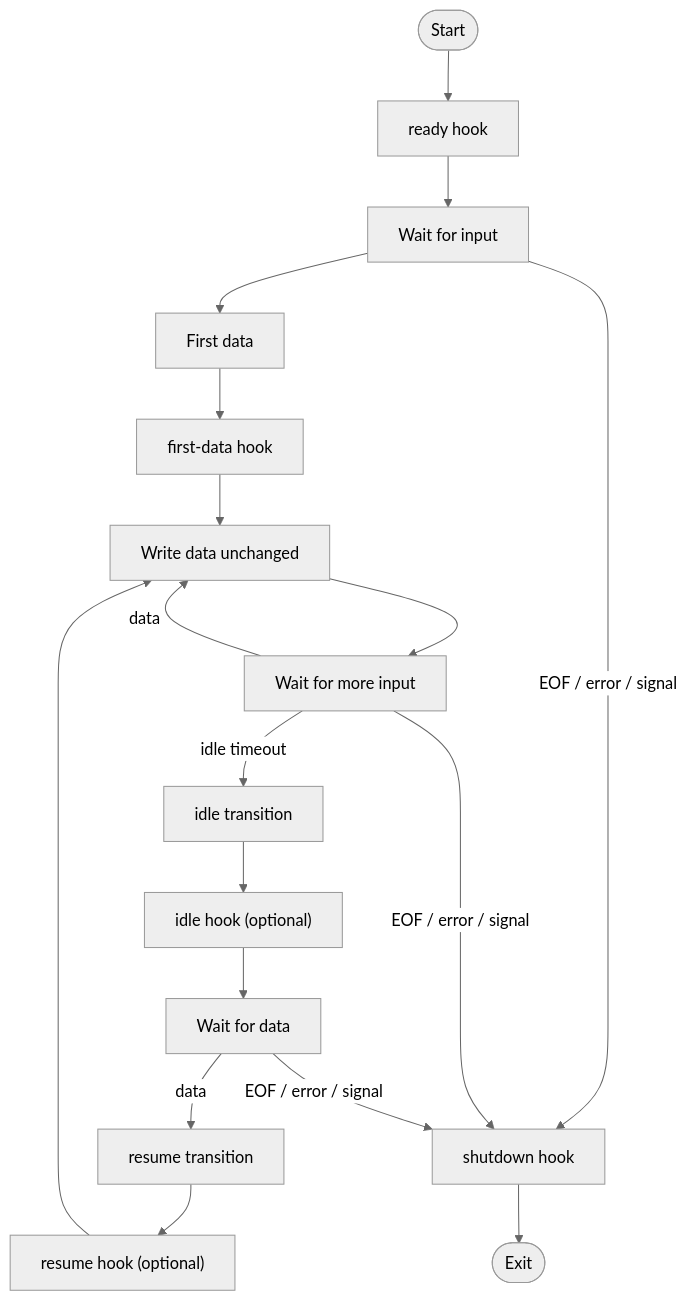
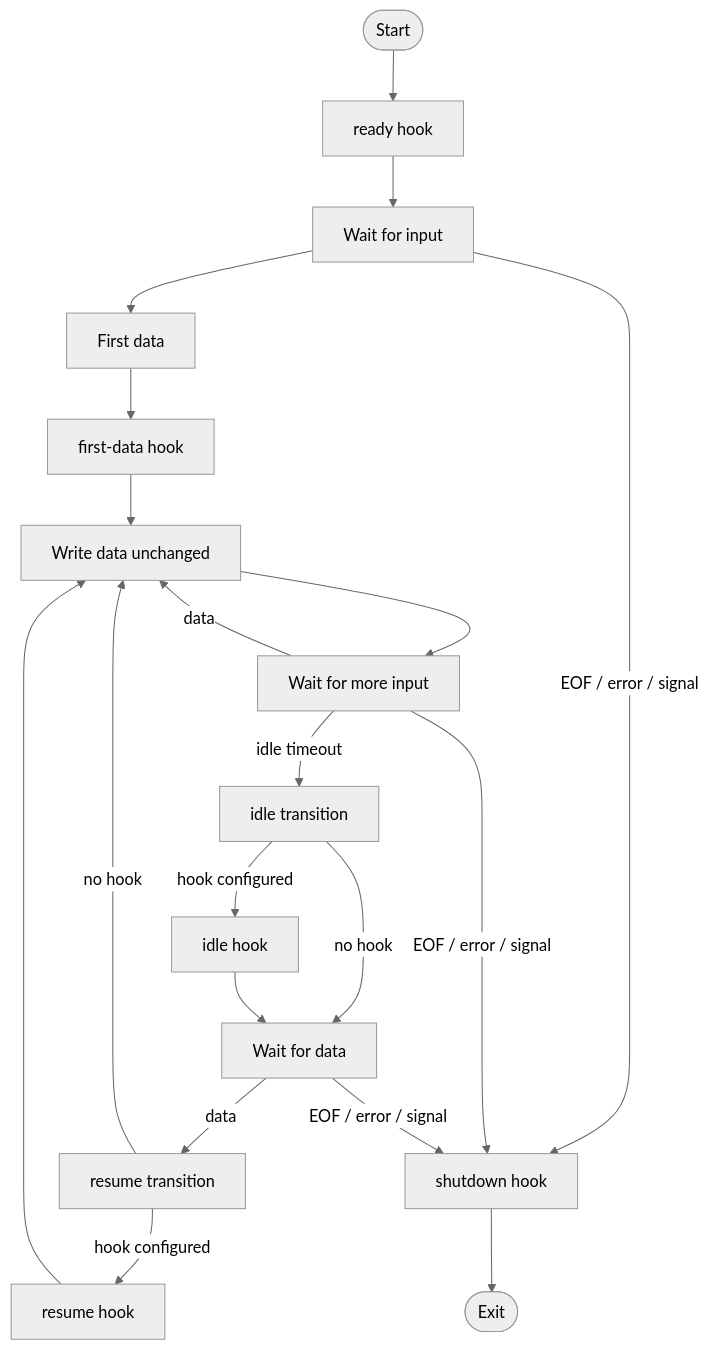
The second of 2 diagrams in README.md (zaubermaerchen/pipewisp), drawn with Mermaid (neutral theme) before and after one commit. The commit also changed other lines of this file, not shown here.

Commit message:
Clarify optional hooks in lifecycle diagram

````diff
--- a/README.md
+++ b/README.md
@@ -79,23 +79,25 @@
 ```mermaid
 flowchart TD
     start([Start]) --> ready["ready hook"]
     ready --> input["Wait for input"]
 
     input --> first["First data"]
     first --> firsthook["first-data hook"]
     firsthook --> pass["Write data unchanged"]
 
     pass --> wait["Wait for more input"]
     wait -->|data| pass
     wait -->|idle timeout| idle["idle transition"]
-    idle --> idlehook["idle hook (optional)"]
+    idle -->|hook configured| idlehook["idle hook"]
+    idle -->|no hook| idlewait
     idlehook --> idlewait["Wait for data"]
     idlewait -->|data| resume["resume transition"]
-    resume --> resumehook["resume hook (optional)"]
+    resume -->|hook configured| resumehook["resume hook"]
+    resume -->|no hook| pass
     resumehook --> pass
 
     input -->|EOF / error / signal| shutdown["shutdown hook"]
     wait -->|EOF / error / signal| shutdown
     idlewait -->|EOF / error / signal| shutdown
     shutdown --> done([Exit])
 ```
````
